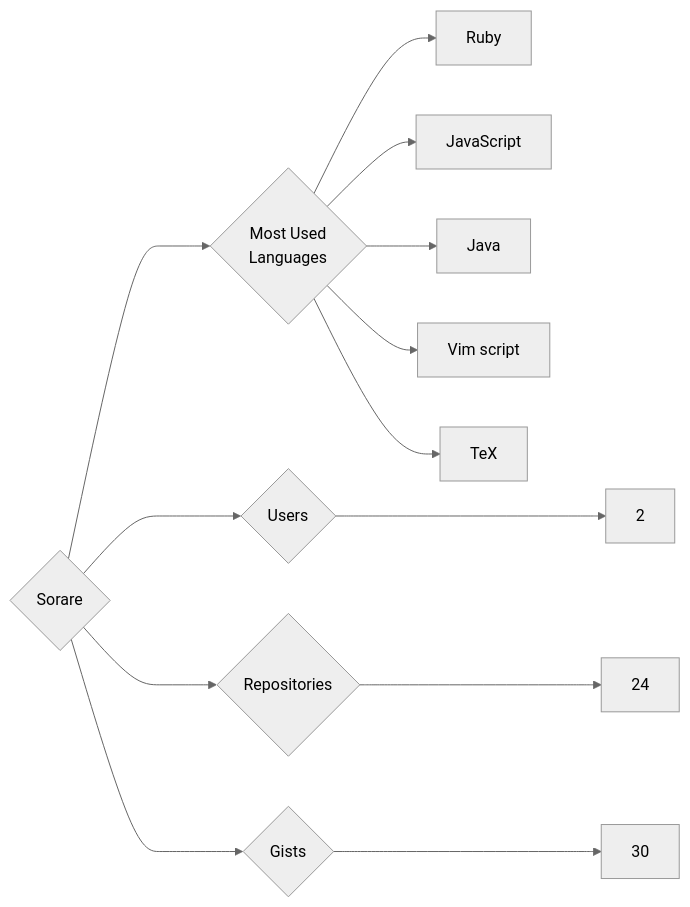
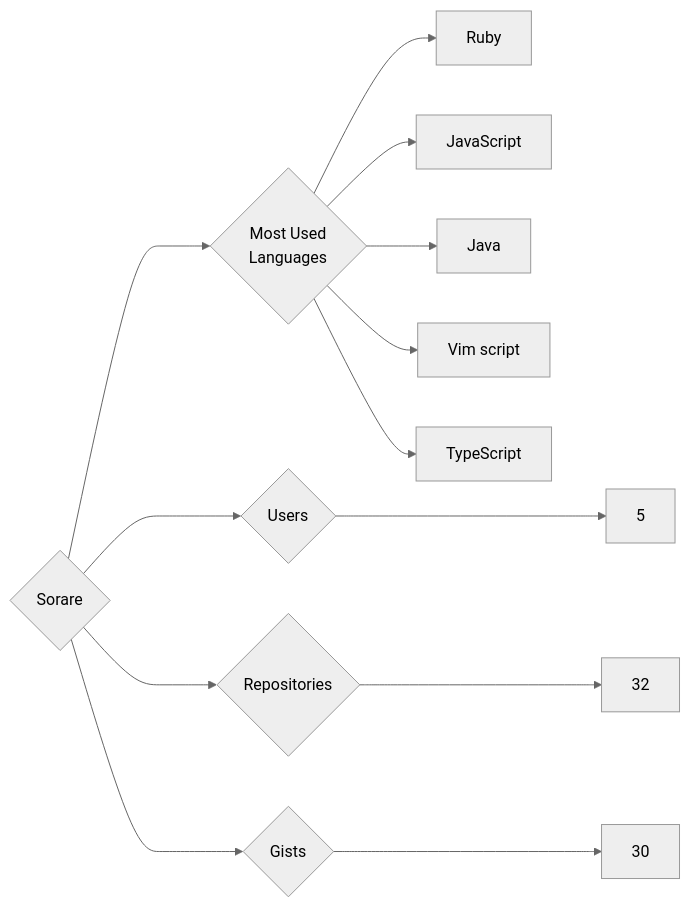
One commit to trickest/insiders changed the diagram in targets/Sorare/README.md. Above: the diagram before and after it, drawn with Mermaid (neutral theme). The commit also changed 851 other files, not shown here.

````diff
--- a/targets/Sorare/README.md
+++ b/targets/Sorare/README.md
@@ -3,13 +3,13 @@
 ```mermaid
 graph LR
 COMPANY_NAME{Sorare}
-COMPANY_NAME ---> U{Users} ---> UN[2]
-COMPANY_NAME ---> R{Repositories} ---> RN[24]
+COMPANY_NAME ---> U{Users} ---> UN[5]
+COMPANY_NAME ---> R{Repositories} ---> RN[32]
 COMPANY_NAME ---> G{Gists} ---> GN[30]
 COMPANY_NAME ---> ML{Most Used<br>Languages}
 ML --> Ruby[Ruby]
 ML --> JavaScript[JavaScript]
 ML --> Java[Java]
 ML --> Vim_script[Vim script]
-ML --> TeX[TeX]
+ML --> TypeScript[TypeScript]
 ```
````
